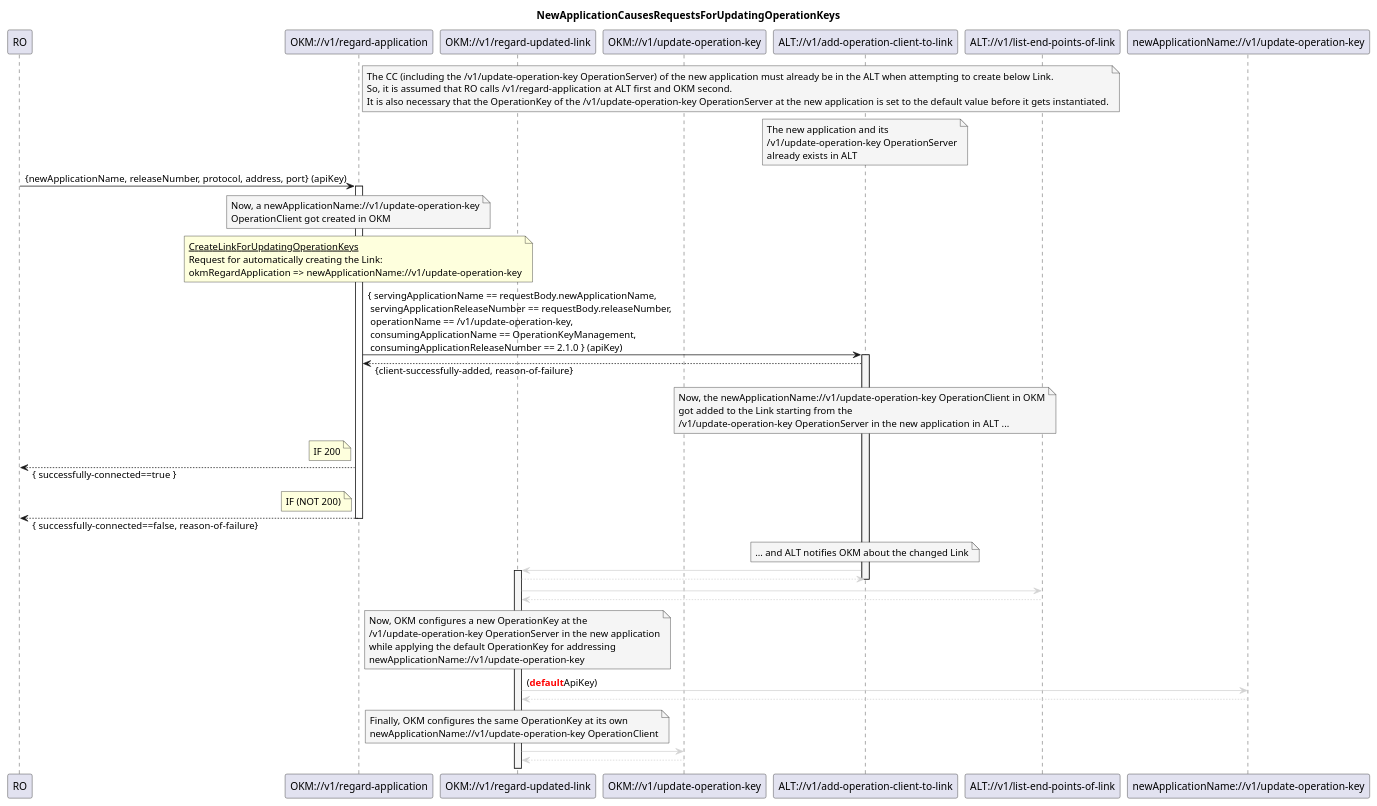
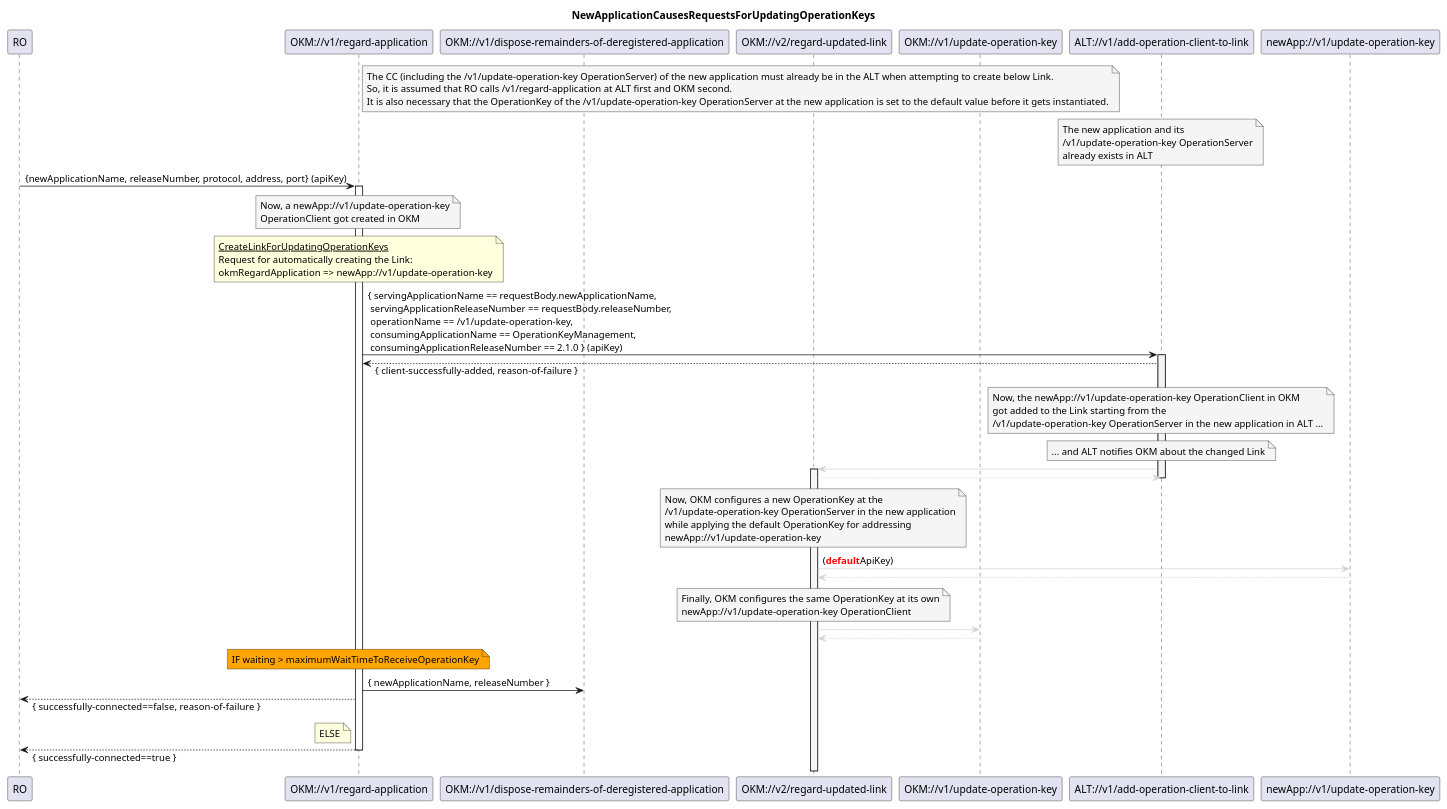
Before and after one commit to openBackhaul/OperationKeyManagement: the diagram in spec/diagrams/is001_regardApplicationCausesSequenceForTopologyChangeInformation.plantuml, drawn with PlantUML. The commit also changed 7 other files, not shown here.

```diff
--- a/spec/diagrams/is001_regardApplicationCausesSequenceForTopologyChangeInformation.plantuml
+++ b/spec/diagrams/is001_regardApplicationCausesSequenceForTopologyChangeInformation.plantuml
@@ -1,94 +1,92 @@
 @startuml is001_regardApplicationCausesSequenceForUpdatingOperationKeys
 skinparam responseMessageBelowArrow true
 
 title
 NewApplicationCausesRequestsForUpdatingOperationKeys
 end title
 
 participant "RO" as ro
 participant "OKM://v1/regard-application" as okmRegardApplication
-participant "OKM://v1/regard-updated-link" as okmRegardLink
+participant "OKM://v1/dispose-remainders-of-deregistered-application" as okmDisposeRemainders
+participant "OKM://v2/regard-updated-link" as okmRegardLink
 participant "OKM://v1/update-operation-key" as okmUpdateKey
 participant "ALT://v1/add-operation-client-to-link" as altAddClientToLink
-participant "ALT://v1/list-end-points-of-link" as altListEndPoints
-participant "newApplicationName://v1/update-operation-key" as newApplicationUpdateKey
+participant "newApp://v1/update-operation-key" as newApplicationUpdateKey
 
 note right okmRegardApplication #WhiteSmoke
 The CC (including the /v1/update-operation-key OperationServer) of the new application must already be in the ALT when attempting to create below Link.
 So, it is assumed that RO calls /v1/regard-application at ALT first and OKM second.
 It is also necessary that the OperationKey of the /v1/update-operation-key OperationServer at the new application is set to the default value before it gets instantiated.
 end note
 
 note over altAddClientToLink #WhiteSmoke
 The new application and its
 /v1/update-operation-key OperationServer
 already exists in ALT
 end note
 
 ro -> okmRegardApplication : {newApplicationName, releaseNumber, protocol, address, port} (apiKey)
 activate okmRegardApplication
 
 note over okmRegardApplication #WhiteSmoke
-Now, a newApplicationName://v1/update-operation-key
+Now, a newApp://v1/update-operation-key
 OperationClient got created in OKM
 end note
 
 note over okmRegardApplication
 <u>CreateLinkForUpdatingOperationKeys</u>
 Request for automatically creating the Link:
-okmRegardApplication => newApplicationName://v1/update-operation-key
+okmRegardApplication => newApp://v1/update-operation-key
 end note
 okmRegardApplication -> altAddClientToLink : { servingApplicationName == requestBody.newApplicationName,\n servingApplicationReleaseNumber == requestBody.releaseNumber,\n operationName == /v1/update-operation-key,\n consumingApplicationName == OperationKeyManagement,\n consumingApplicationReleaseNumber == 2.1.0 } (apiKey)
 activate altAddClientToLink #WhiteSmoke
-okmRegardApplication <-- altAddClientToLink : {client-successfully-added, reason-of-failure}
+okmRegardApplication <-- altAddClientToLink : { client-successfully-added, reason-of-failure }
 
 note over altAddClientToLink #WhiteSmoke
-Now, the newApplicationName://v1/update-operation-key OperationClient in OKM
+Now, the newApp://v1/update-operation-key OperationClient in OKM
 got added to the Link starting from the
 /v1/update-operation-key OperationServer in the new application in ALT ...
 end note
-
-note left okmRegardApplication
-IF 200
-end note
-ro <-- okmRegardApplication : { successfully-connected==true }
-
-note left okmRegardApplication
-IF (NOT 200)
-end note
-ro <-- okmRegardApplication : { successfully-connected==false,  reason-of-failure}
-
-deactivate okmRegardApplication
 
 note over altAddClientToLink #WhiteSmoke
 ... and ALT notifies OKM about the changed Link
 end note
 
 altAddClientToLink -[#LightGrey]> okmRegardLink
 activate okmRegardLink #WhiteSmoke
 altAddClientToLink <[#LightGrey]-- okmRegardLink
 
 deactivate altAddClientToLink
 
-okmRegardLink -[#LightGrey]> altListEndPoints
-okmRegardLink <[#LightGrey]-- altListEndPoints
-
 note over okmRegardLink #WhiteSmoke
 Now, OKM configures a new OperationKey at the
 /v1/update-operation-key OperationServer in the new application
 while applying the default OperationKey for addressing
-newApplicationName://v1/update-operation-key
+newApp://v1/update-operation-key
 end note
 
 okmRegardLink -[#LightGrey]> newApplicationUpdateKey : (<font color=red><b>default</b><font color=black>ApiKey)
 okmRegardLink <[#LightGrey]-- newApplicationUpdateKey
 
 note over okmRegardLink #WhiteSmoke
 Finally, OKM configures the same OperationKey at its own
-newApplicationName://v1/update-operation-key OperationClient
+newApp://v1/update-operation-key OperationClient
 end note
 
 okmRegardLink -[#LightGrey]> okmUpdateKey
 okmRegardLink <[#LightGrey]-- okmUpdateKey
 
+note over okmRegardApplication #Orange
+IF waiting > maximumWaitTimeToReceiveOperationKey
+end note
+okmRegardApplication -> okmDisposeRemainders : { newApplicationName, releaseNumber }
+ro <-- okmRegardApplication : { successfully-connected==false,  reason-of-failure }
+
+note left okmRegardApplication
+ELSE
+end note
+ro <-- okmRegardApplication : { successfully-connected==true }
+
+deactivate okmRegardApplication
+
 @enduml
```
